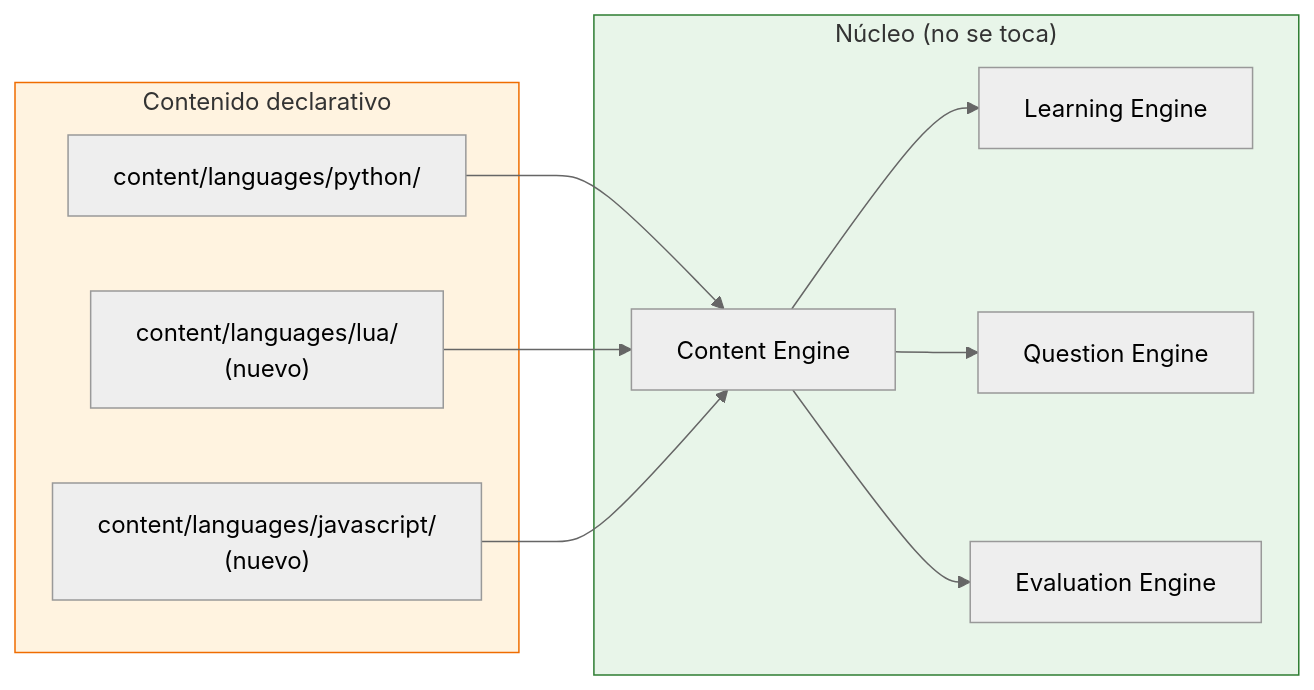
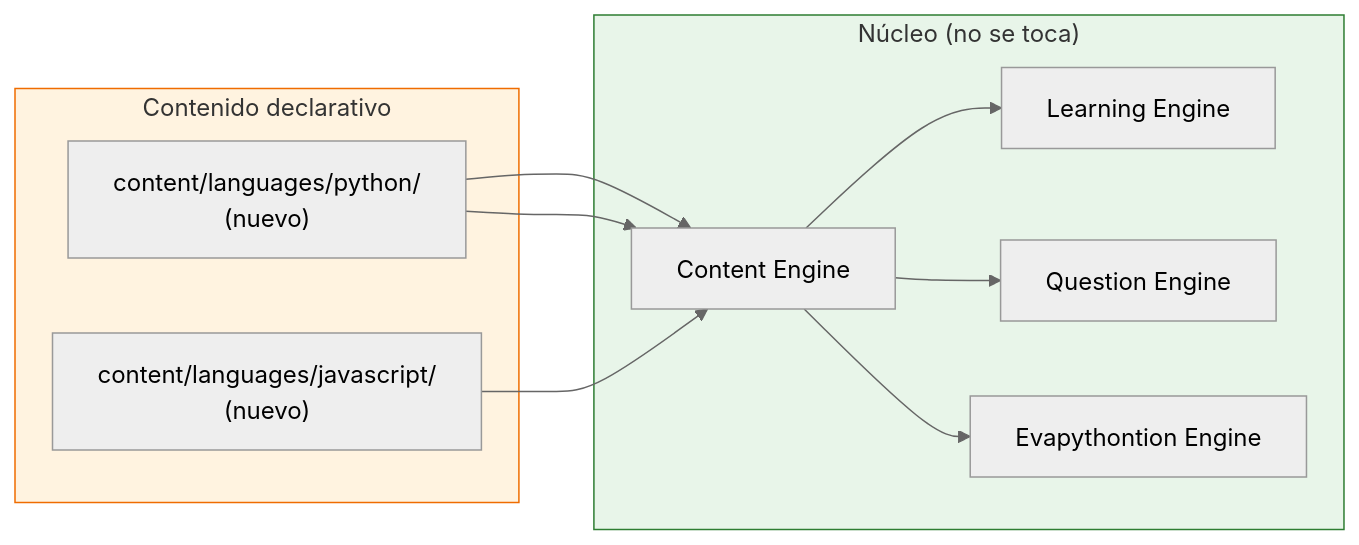
One commit to nastex123/DuolingoProgramacion changed the fourth of 4 diagrams in docs/11_SYSTEM_ARCHITECTURE.md. Above: the diagram before and after it, drawn with Mermaid (neutral theme). The commit also changed other lines of this file and 65 other files, not shown here.

Commit message:
feat(curriculum): adoptar Python 3.12 como unico lenguaje oficial del MVP y desincorporar Lua

````diff
--- a/docs/11_SYSTEM_ARCHITECTURE.md
+++ b/docs/11_SYSTEM_ARCHITECTURE.md
@@ -732,25 +732,25 @@
 ```mermaid
 flowchart LR
     subgraph Núcleo["Núcleo (no se toca)"]
         LE["Learning Engine"]
         QE["Question Engine"]
-        EE["Evaluation Engine"]
+        EE["Evapythontion Engine"]
         CE["Content Engine"]
     end
 
     subgraph Contenido["Contenido declarativo"]
         PY["content/languages/python/"]
-        LUA["content/languages/lua/\n(nuevo)"]
+        PY["content/languages/python/\n(nuevo)"]
         JS["content/languages/javascript/\n(nuevo)"]
     end
 
     PY --> CE
-    LUA --> CE
+    PY --> CE
     JS --> CE
     CE --> LE
     CE --> QE
     CE --> EE
 
     style Núcleo fill:#e8f5e9,stroke:#2e7d32
     style Contenido fill:#fff3e0,stroke:#ef6c00
 ```
````
